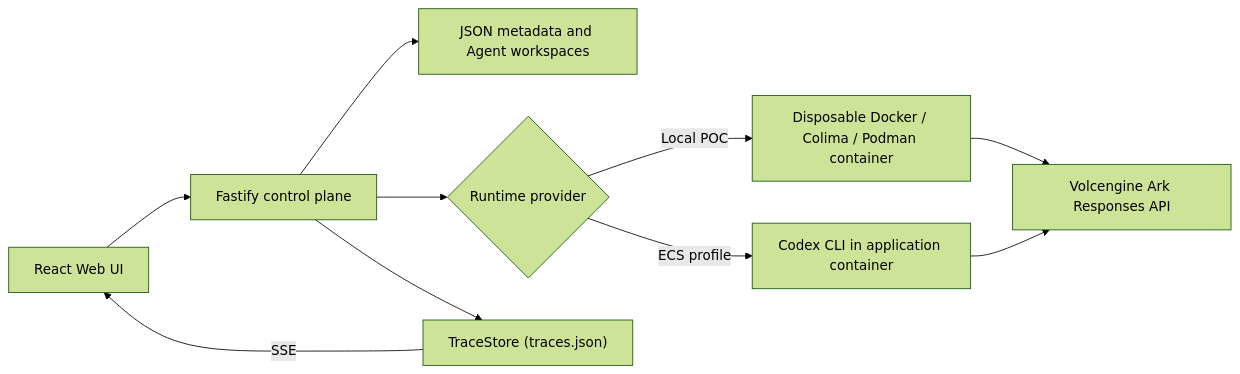
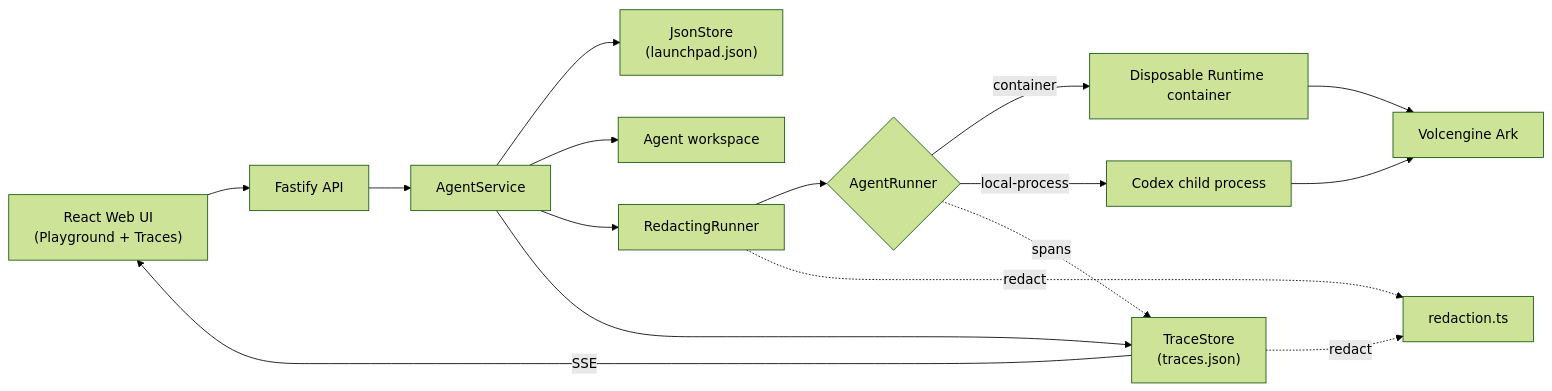
Before and after one commit to Aresa-00/tiktok-techjam-2026-project: the diagram in README.md, drawn with Mermaid (forest theme). The commit also changed other lines of this file and 1 other file, not shown here.

````diff
--- a/README.md
+++ b/README.md
@@ -221,12 +118,18 @@
 ```mermaid
 flowchart LR
-    UI["React Web UI"] --> API["Fastify control plane"]
-    API --> Store["JSON metadata and Agent workspaces"]
-    API --> Runtime{"Runtime provider"}
-    Runtime -->|Local POC| Container["Disposable Docker / Colima / Podman container"]
-    Runtime -->|ECS profile| Codex["Codex CLI in application container"]
-    Container --> Ark["Volcengine Ark Responses API"]
-    Codex --> Ark
-    API --> Traces["TraceStore (traces.json)"]
+    UI["React Web UI<br/>(Playground + Traces)"] --> API["Fastify API"]
+    API --> Service["AgentService"]
+    Service --> Store["JsonStore<br/>(launchpad.json)"]
+    Service --> Workspace["Agent workspace"]
+    Service --> Runner["RedactingRunner"]
+    Runner --> Base{"AgentRunner"}
+    Base -->|container| Container["Disposable Runtime container"]
+    Base -->|local-process| Process["Codex child process"]
+    Container --> Ark["Volcengine Ark"]
+    Process --> Ark
+    Service --> Traces["TraceStore<br/>(traces.json)"]
+    Base -. spans .-> Traces
+    Runner -. redact .-> Redaction["redaction.ts"]
+    Traces -. redact .-> Redaction
     Traces -->|SSE| UI
 ```
````
